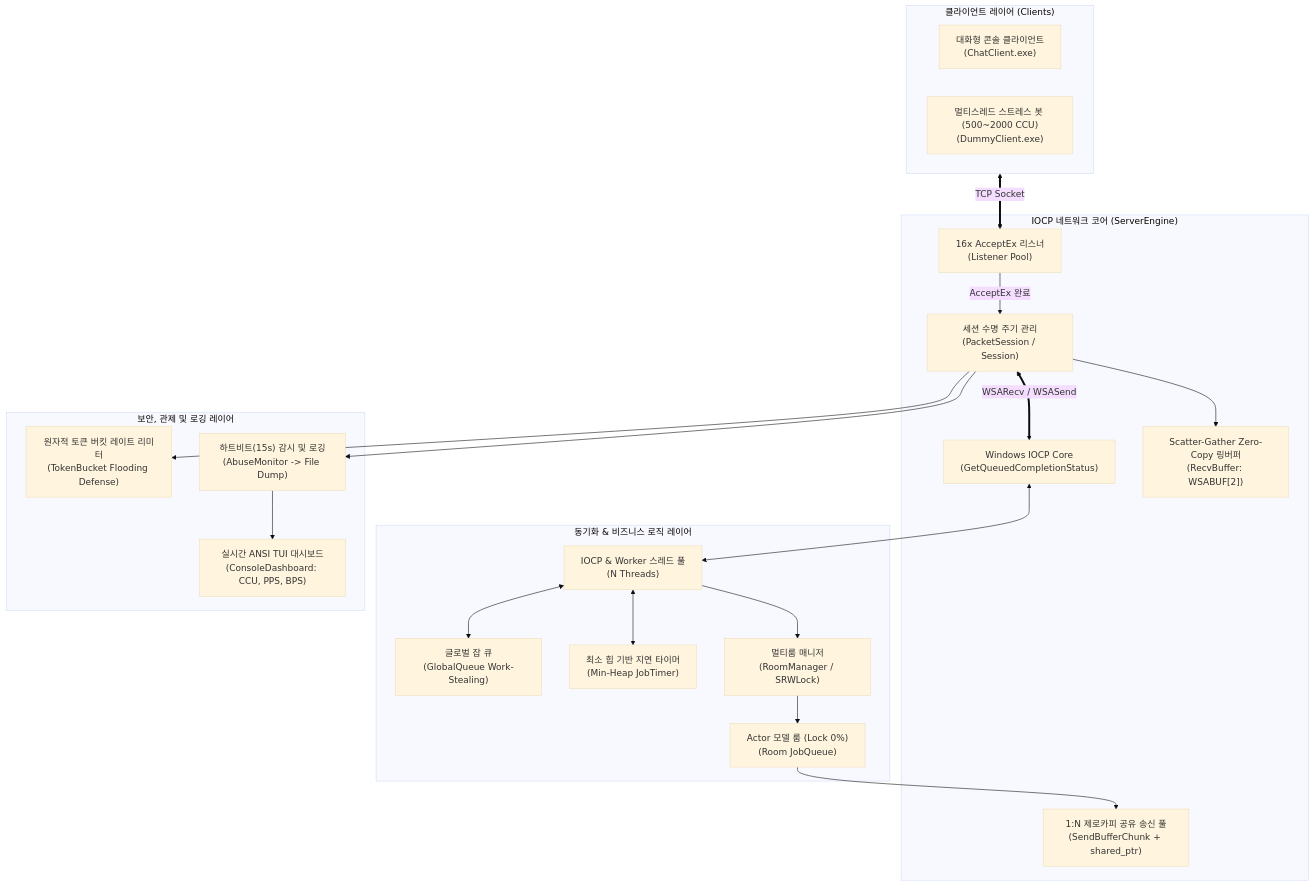
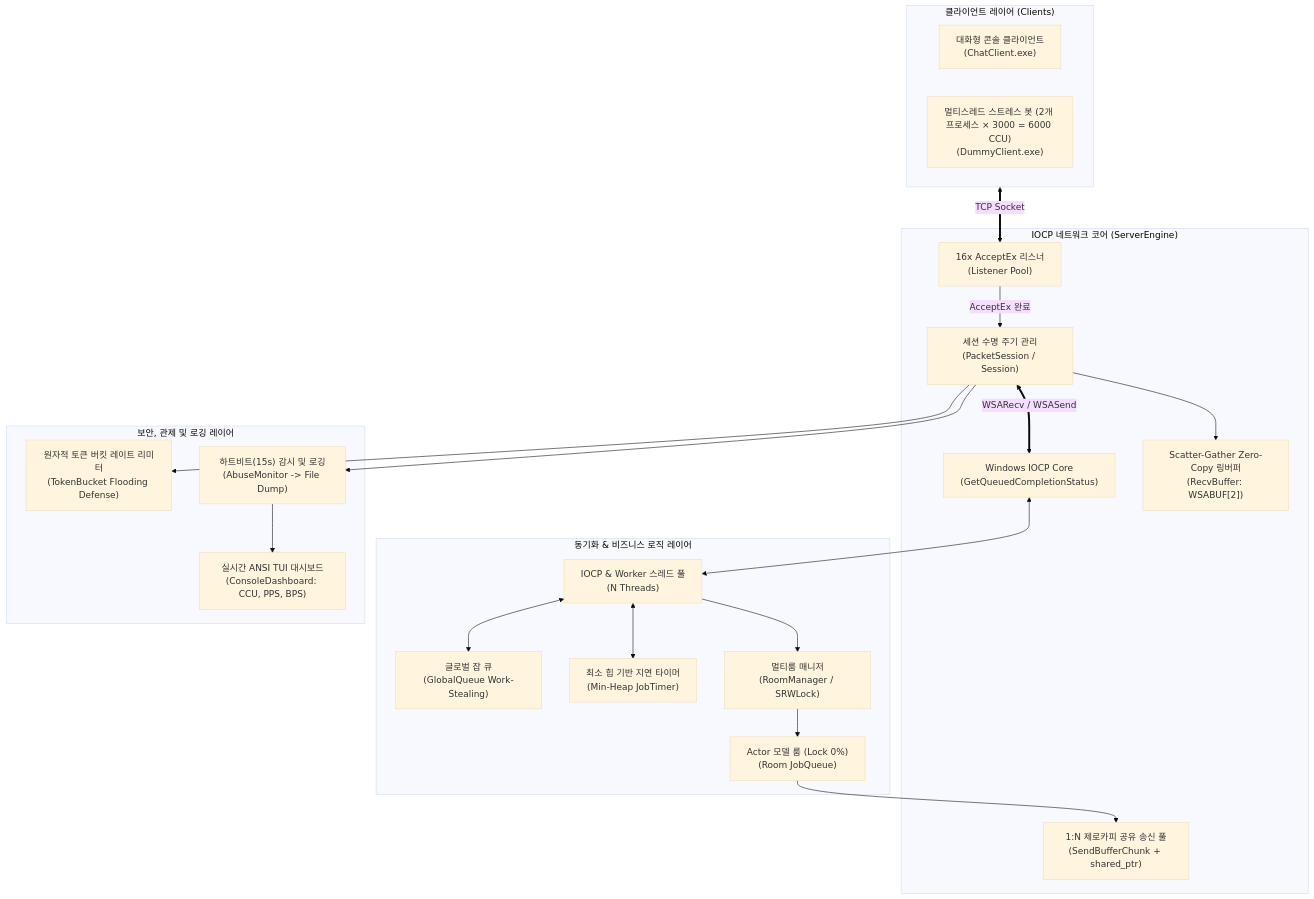
Before and after one commit to kyvv08/IOCP-Multi-Threading-Chat-Server: the diagram in README.md, drawn with Mermaid (base theme). The commit also changed other lines of this file and 1 other file, not shown here.

````diff
--- a/README.md
+++ b/README.md
@@ -32,43 +33,43 @@
 ```mermaid
 flowchart TB
     subgraph ClientLayer [" 클라이언트 레이어 (Clients) "]
         ChatClient["대화형 콘솔 클라이언트\n(ChatClient.exe)"]
-        DummyClient["멀티스레드 스트레스 봇 (500~2000 CCU)\n(DummyClient.exe)"]
+        DummyClient["멀티스레드 스트레스 봇 (2개 프로세스 × 3000 = 6000 CCU)\n(DummyClient.exe)"]
     end
 
     subgraph NetworkLayer [" IOCP 네트워크 코어 (ServerEngine) "]
         Listener["16x AcceptEx 리스너\n(Listener Pool)"]
         IOCP["Windows IOCP Core\n(GetQueuedCompletionStatus)"]
         SessionPool["세션 수명 주기 관리\n(PacketSession / Session)"]
         ScatterRing["Scatter-Gather Zero-Copy 링버퍼\n(RecvBuffer: WSABUF[2])"]
         SendChunk["1:N 제로카피 공유 송신 풀\n(SendBufferChunk + shared_ptr)"]
     end
 
     subgraph LogicLayer [" 동기화 & 비즈니스 로직 레이어 "]
         GlobalQueue["글로벌 잡 큐\n(GlobalQueue Work-Stealing)"]
         JobTimer["최소 힙 기반 지연 타이머\n(Min-Heap JobTimer)"]
         WorkerThreads["IOCP & Worker 스레드 풀\n(N Threads)"]
         RoomManager["멀티룸 매니저\n(RoomManager / SRWLock)"]
         RoomActor["Actor 모델 룸 (Lock 0%)\n(Room JobQueue)"]
     end
 
     subgraph DefenseMonitoring [" 보안, 관제 및 로깅 레이어 "]
         TokenBucket["원자적 토큰 버킷 레이트 리미터\n(TokenBucket Flooding Defense)"]
         AbuseMonitor["하트비트(15s) 감시 및 로깅\n(AbuseMonitor -> File Dump)"]
         Dashboard["실시간 ANSI TUI 대시보드\n(ConsoleDashboard: CCU, PPS, BPS)"]
     end
 
     ClientLayer <==>|TCP Socket| Listener
     Listener -->|AcceptEx 완료| SessionPool
     SessionPool <==>|WSARecv / WSASend| IOCP
     IOCP <--> WorkerThreads
     WorkerThreads <--> GlobalQueue
     WorkerThreads <--> JobTimer
     WorkerThreads --> RoomManager
     RoomManager --> RoomActor
     SessionPool --> ScatterRing
     RoomActor --> SendChunk
     SessionPool --> TokenBucket
     SessionPool --> AbuseMonitor
     AbuseMonitor --> Dashboard
 ```
````
